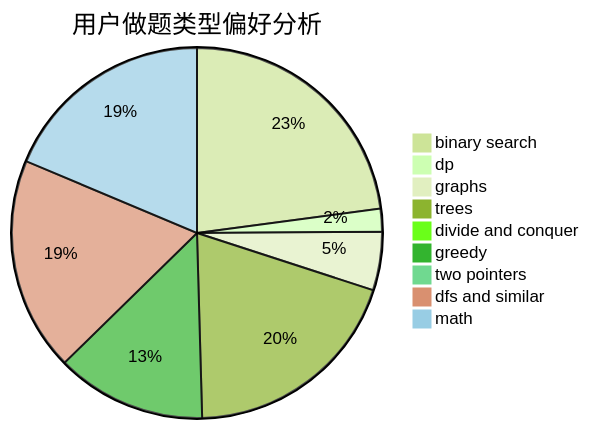
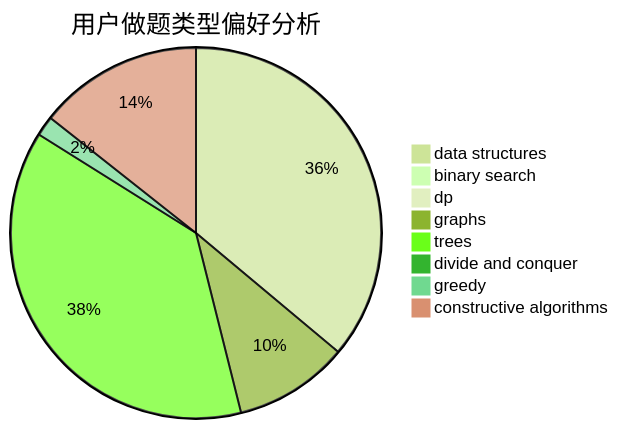
Before and after one commit to sherpahu/cfrs.github.io: the second of 3 diagrams in docs/user/u1266.md, drawn with Mermaid (forest theme). The commit also changed other lines of this file and 2775 other files, not shown here.

````diff
--- a/docs/user/u1266.md
+++ b/docs/user/u1266.md
@@ -23,12 +23,11 @@
 ```mermaid
 pie title 用户做题类型偏好分析
-    "binary search" :  103
-    "dp" :  9
+    "data structures" :  83
+    "binary search" :  0
+    "dp" :  1
     "graphs" :  23
-    "trees" :  88
+    "trees" :  87
     "divide and conquer" :  0
-    "greedy" :  59
-    "two pointers" :  0
-    "dfs and similar" :  84
-    "math" :  84
+    "greedy" :  4
+    "constructive algorithms" :  33
 ```
````
